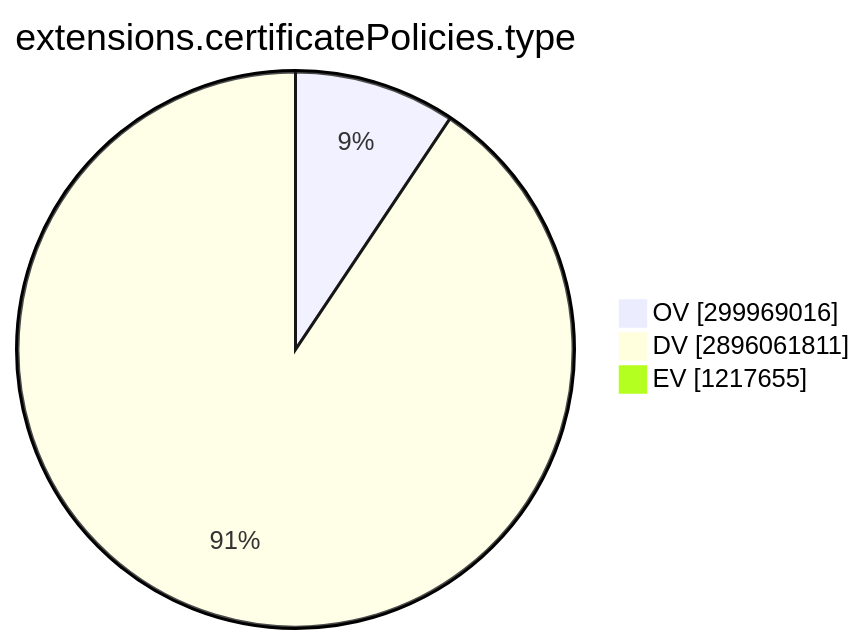
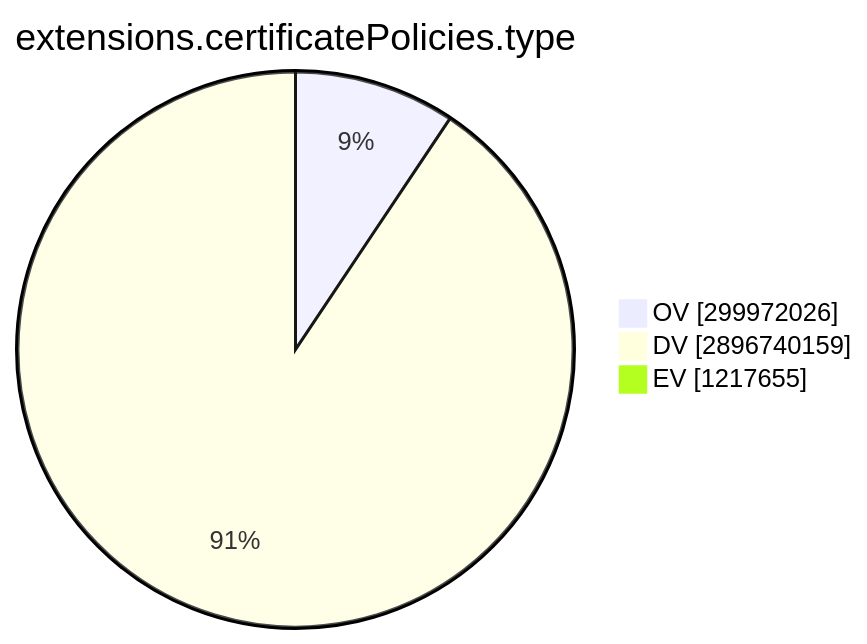
One commit to christiankrug/ctmonitor_visualization changed the ninth of 15 diagrams in TOTAL/README.md. Above: the diagram before and after it, drawn with Mermaid. The commit also changed other lines of this file, not shown here.

````diff
--- a/TOTAL/README.md
+++ b/TOTAL/README.md
@@ -3101,7 +3101,7 @@
 ```mermaid
 pie showData
 title extensions.certificatePolicies.type
-"OV" :299969016
-"DV" :2896061811
+"OV" :299972026
+"DV" :2896740159
 "EV" :1217655
 ```
````
